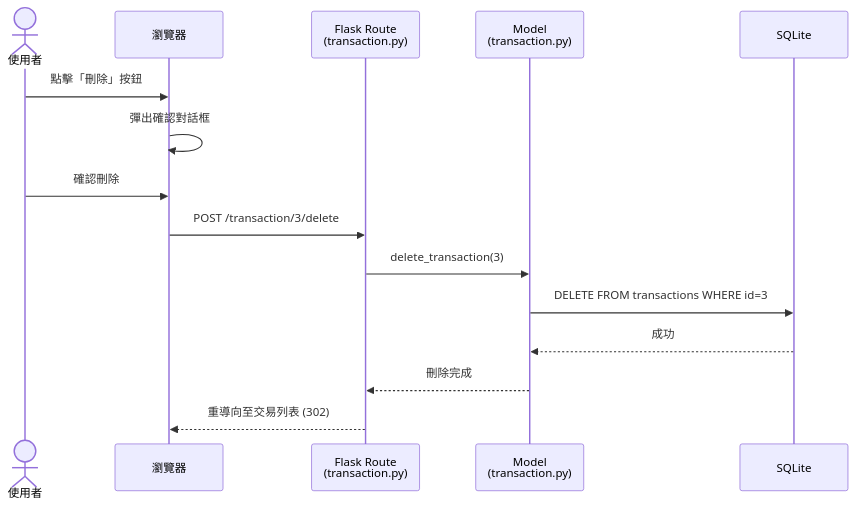
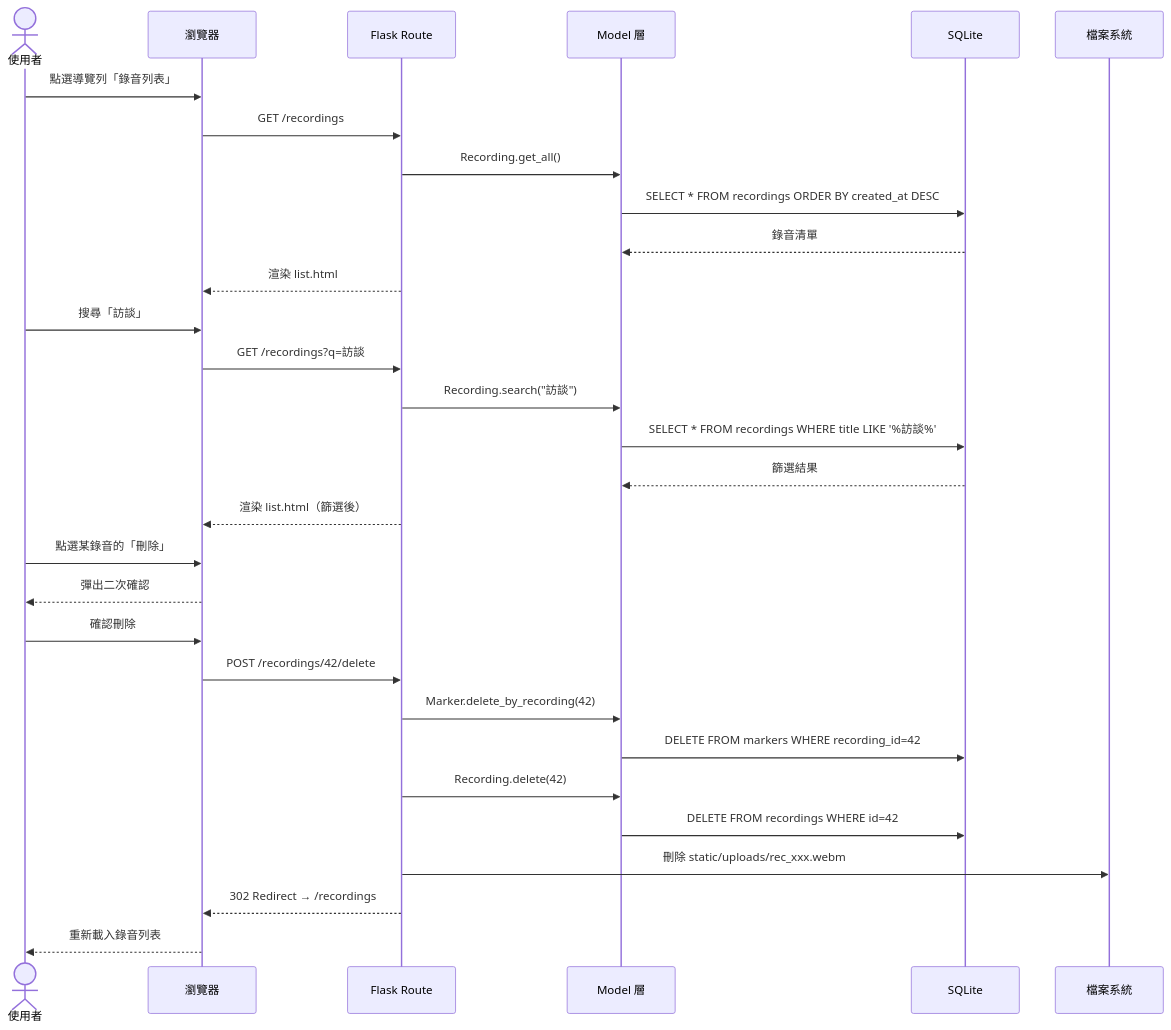
The sixth of 7 diagrams in docs/FLOWCHART.md (d1445196-colla/web_app), drawn with Mermaid before and after one commit. The commit also changed other lines of this file and 19 other files, not shown here.

Commit message:
feat: add all design docs, database schema, models, route skeletons and templates

````diff
--- a/docs/FLOWCHART.md
+++ b/docs/FLOWCHART.md
@@ -218,18 +251,35 @@
 ```mermaid
 sequenceDiagram
     actor User as 使用者
     participant Browser as 瀏覽器
-    participant Route as Flask Route<br>(transaction.py)
-    participant Model as Model<br>(transaction.py)
+    participant Flask as Flask Route
+    participant Model as Model 層
     participant DB as SQLite
+    participant FS as 檔案系統
 
-    User->>Browser: 點擊「刪除」按鈕
-    Browser->>Browser: 彈出確認對話框
+    User->>Browser: 點選導覽列「錄音列表」
+    Browser->>Flask: GET /recordings
+    Flask->>Model: Recording.get_all()
+    Model->>DB: SELECT * FROM recordings ORDER BY created_at DESC
+    DB-->>Model: 錄音清單
+    Flask-->>Browser: 渲染 list.html
+
+    User->>Browser: 搜尋「訪談」
+    Browser->>Flask: GET /recordings?q=訪談
+    Flask->>Model: Recording.search("訪談")
+    Model->>DB: SELECT * FROM recordings WHERE title LIKE '%訪談%'
+    DB-->>Model: 篩選結果
+    Flask-->>Browser: 渲染 list.html（篩選後）
+
+    User->>Browser: 點選某錄音的「刪除」
+    Browser-->>User: 彈出二次確認
     User->>Browser: 確認刪除
-    Browser->>Route: POST /transaction/3/delete
-    Route->>Model: delete_transaction(3)
-    Model->>DB: DELETE FROM transactions WHERE id=3
-    DB-->>Model: 成功
-    Model-->>Route: 刪除完成
-    Route-->>Browser: 重導向至交易列表 (302)
+    Browser->>Flask: POST /recordings/42/delete
+    Flask->>Model: Marker.delete_by_recording(42)
+    Model->>DB: DELETE FROM markers WHERE recording_id=42
+    Flask->>Model: Recording.delete(42)
+    Model->>DB: DELETE FROM recordings WHERE id=42
+    Flask->>FS: 刪除 static/uploads/rec_xxx.webm
+    Flask-->>Browser: 302 Redirect → /recordings
+    Browser-->>User: 重新載入錄音列表
 ```
````
